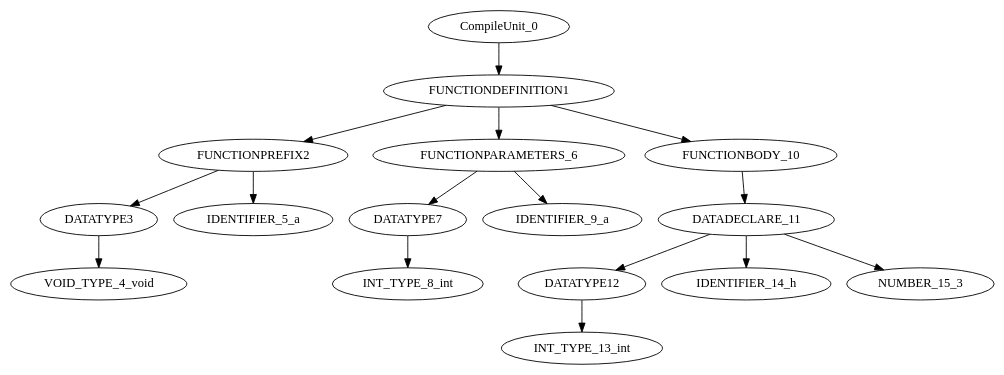
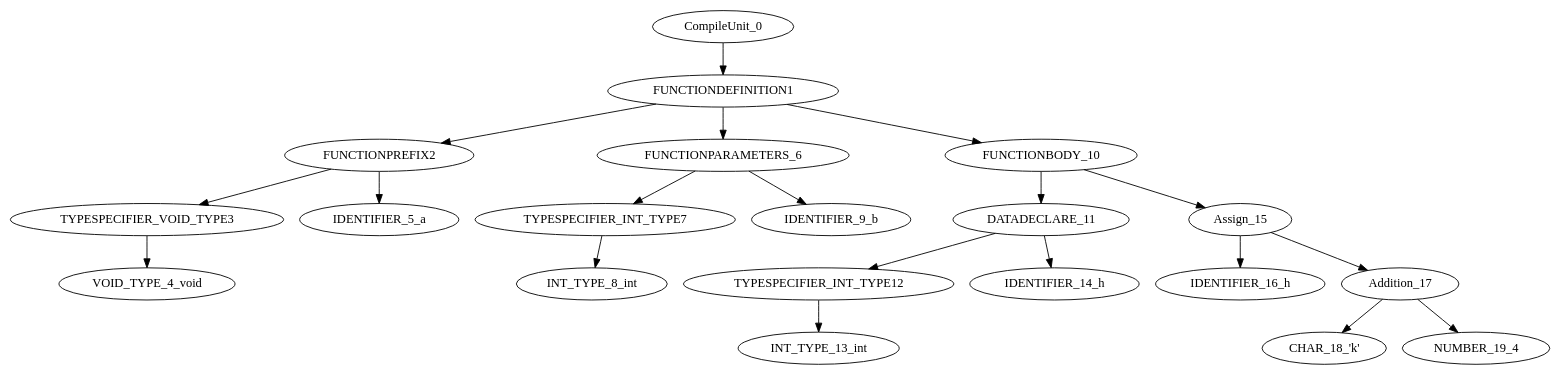
Before and after one commit to vasilismoulas/Compiler-C2ASM: the diagram in C2ASM/TestBench/SyntaxTree.dot, drawn with Graphviz. The commit also changed 36 other files, not shown here.

```diff
--- a/C2ASM/TestBench/SyntaxTree.dot
+++ b/C2ASM/TestBench/SyntaxTree.dot
@@ -1,17 +1,21 @@
 digraph G{
 "CompileUnit_0"->"FUNCTIONDEFINITION1";
 "FUNCTIONDEFINITION1"->"FUNCTIONPREFIX2";
-"FUNCTIONPREFIX2"->"DATATYPE3";
-"DATATYPE3"->"VOID_TYPE_4_void";
+"FUNCTIONPREFIX2"->"TYPESPECIFIER_VOID_TYPE3";
+"TYPESPECIFIER_VOID_TYPE3"->"VOID_TYPE_4_void";
 "FUNCTIONPREFIX2"->"IDENTIFIER_5_a";
 "FUNCTIONDEFINITION1"->"FUNCTIONPARAMETERS_6";
-"FUNCTIONPARAMETERS_6"->"DATATYPE7";
-"DATATYPE7"->"INT_TYPE_8_int";
-"FUNCTIONPARAMETERS_6"->"IDENTIFIER_9_a";
+"FUNCTIONPARAMETERS_6"->"TYPESPECIFIER_INT_TYPE7";
+"TYPESPECIFIER_INT_TYPE7"->"INT_TYPE_8_int";
+"FUNCTIONPARAMETERS_6"->"IDENTIFIER_9_b";
 "FUNCTIONDEFINITION1"->"FUNCTIONBODY_10";
 "FUNCTIONBODY_10"->"DATADECLARE_11";
-"DATADECLARE_11"->"DATATYPE12";
-"DATATYPE12"->"INT_TYPE_13_int";
+"DATADECLARE_11"->"TYPESPECIFIER_INT_TYPE12";
+"TYPESPECIFIER_INT_TYPE12"->"INT_TYPE_13_int";
 "DATADECLARE_11"->"IDENTIFIER_14_h";
-"DATADECLARE_11"->"NUMBER_15_3";
+"FUNCTIONBODY_10"->"Assign_15";
+"Assign_15"->"IDENTIFIER_16_h";
+"Assign_15"->"Addition_17";
+"Addition_17"->"CHAR_18_'k'";
+"Addition_17"->"NUMBER_19_4";
 }
```
